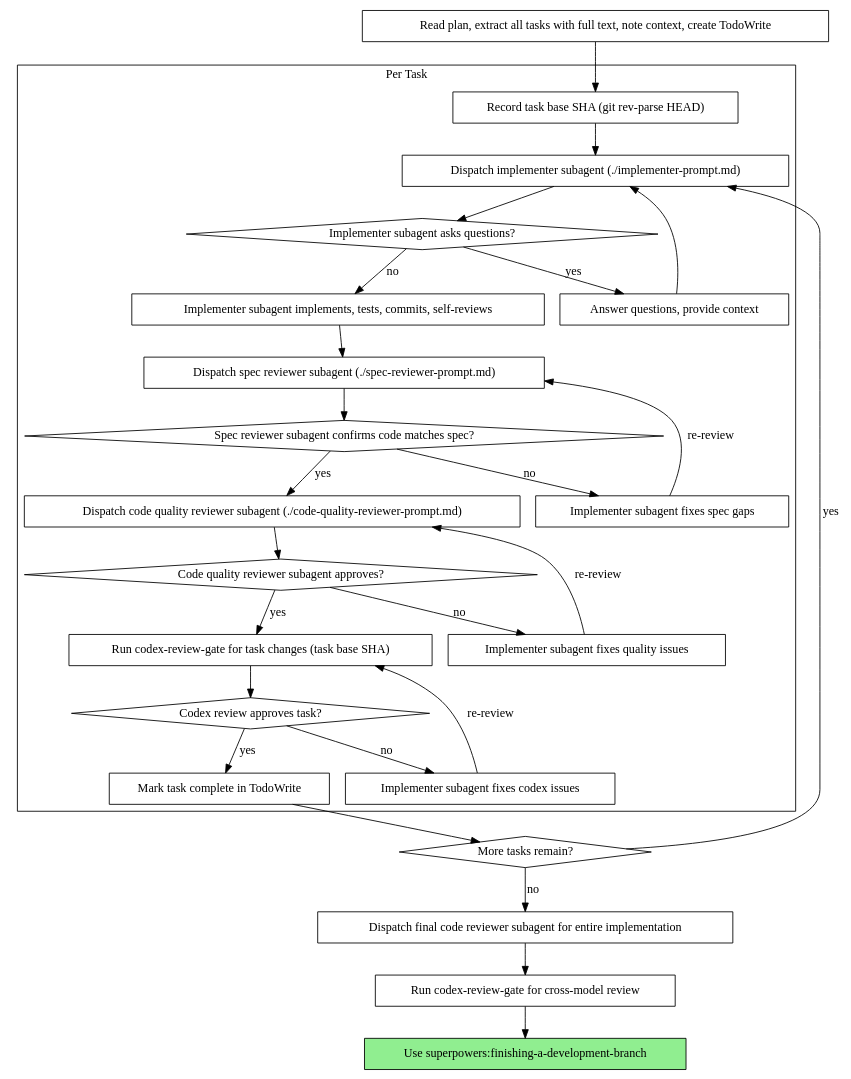
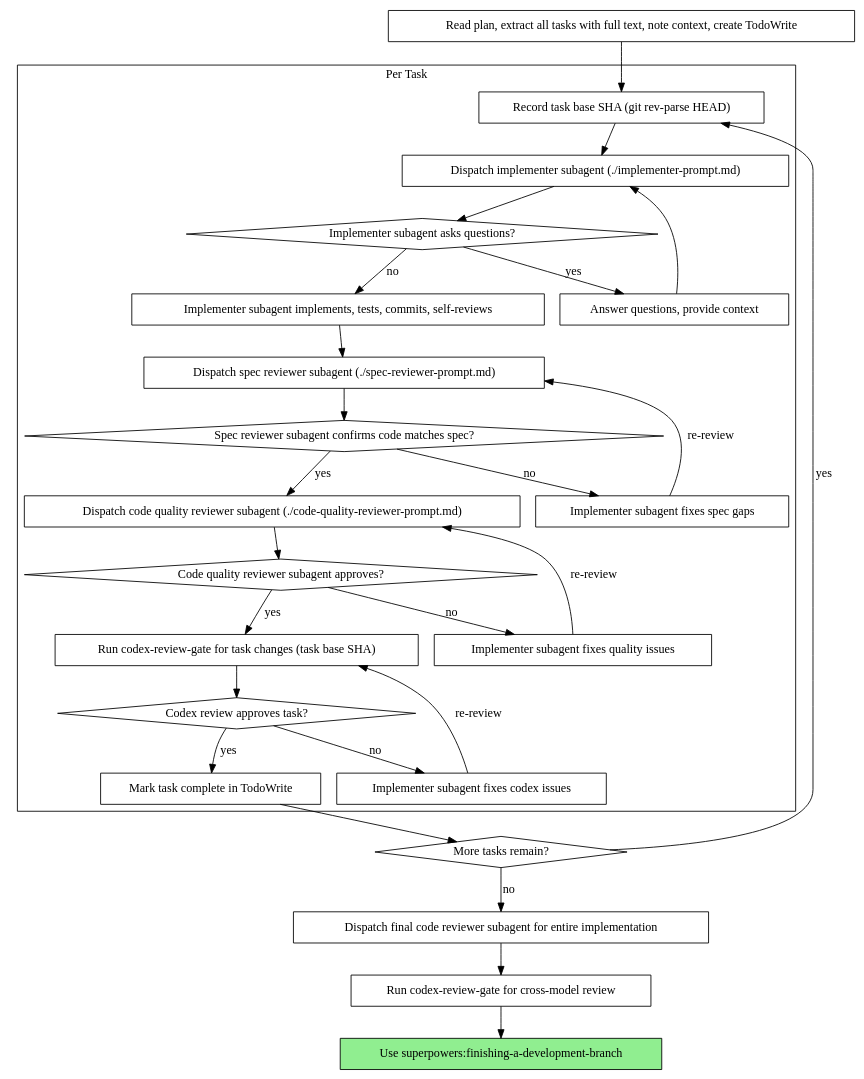
One commit to seankao31/dotfiles changed the second of 2 diagrams in agent-config/superpowers-overrides/subagent-driven-development/SKILL.md. Above: the diagram before and after it, drawn with Graphviz. The commit also changed 1 other file, not shown here.

Commit message:
fix(eng-223): SDD task loop routes through Record-base-SHA so per-task codex review is correctly scoped

````diff
--- a/agent-config/superpowers-overrides/subagent-driven-development/SKILL.md
+++ b/agent-config/superpowers-overrides/subagent-driven-development/SKILL.md
@@ -44,55 +44,55 @@
 ```dot
 digraph process {
     rankdir=TB;
 
     subgraph cluster_per_task {
         label="Per Task";
         "Record task base SHA (git rev-parse HEAD)" [shape=box];
         "Dispatch implementer subagent (./implementer-prompt.md)" [shape=box];
         "Implementer subagent asks questions?" [shape=diamond];
         "Answer questions, provide context" [shape=box];
         "Implementer subagent implements, tests, commits, self-reviews" [shape=box];
         "Dispatch spec reviewer subagent (./spec-reviewer-prompt.md)" [shape=box];
         "Spec reviewer subagent confirms code matches spec?" [shape=diamond];
         "Implementer subagent fixes spec gaps" [shape=box];
         "Dispatch code quality reviewer subagent (./code-quality-reviewer-prompt.md)" [shape=box];
         "Code quality reviewer subagent approves?" [shape=diamond];
         "Implementer subagent fixes quality issues" [shape=box];
         "Run codex-review-gate for task changes (task base SHA)" [shape=box];
         "Codex review approves task?" [shape=diamond];
         "Implementer subagent fixes codex issues" [shape=box];
         "Mark task complete in TodoWrite" [shape=box];
     }
 
     "Read plan, extract all tasks with full text, note context, create TodoWrite" [shape=box];
     "More tasks remain?" [shape=diamond];
     "Dispatch final code reviewer subagent for entire implementation" [shape=box];
     "Run codex-review-gate for cross-model review" [shape=box];
     "Use superpowers:finishing-a-development-branch" [shape=box style=filled fillcolor=lightgreen];
 
     "Read plan, extract all tasks with full text, note context, create TodoWrite" -> "Record task base SHA (git rev-parse HEAD)";
     "Record task base SHA (git rev-parse HEAD)" -> "Dispatch implementer subagent (./implementer-prompt.md)";
     "Dispatch implementer subagent (./implementer-prompt.md)" -> "Implementer subagent asks questions?";
     "Implementer subagent asks questions?" -> "Answer questions, provide context" [label="yes"];
     "Answer questions, provide context" -> "Dispatch implementer subagent (./implementer-prompt.md)";
     "Implementer subagent asks questions?" -> "Implementer subagent implements, tests, commits, self-reviews" [label="no"];
     "Implementer subagent implements, tests, commits, self-reviews" -> "Dispatch spec reviewer subagent (./spec-reviewer-prompt.md)";
     "Dispatch spec reviewer subagent (./spec-reviewer-prompt.md)" -> "Spec reviewer subagent confirms code matches spec?";
     "Spec reviewer subagent confirms code matches spec?" -> "Implementer subagent fixes spec gaps" [label="no"];
     "Implementer subagent fixes spec gaps" -> "Dispatch spec reviewer subagent (./spec-reviewer-prompt.md)" [label="re-review"];
     "Spec reviewer subagent confirms code matches spec?" -> "Dispatch code quality reviewer subagent (./code-quality-reviewer-prompt.md)" [label="yes"];
     "Dispatch code quality reviewer subagent (./code-quality-reviewer-prompt.md)" -> "Code quality reviewer subagent approves?";
     "Code quality reviewer subagent approves?" -> "Implementer subagent fixes quality issues" [label="no"];
     "Implementer subagent fixes quality issues" -> "Dispatch code quality reviewer subagent (./code-quality-reviewer-prompt.md)" [label="re-review"];
     "Code quality reviewer subagent approves?" -> "Run codex-review-gate for task changes (task base SHA)" [label="yes"];
     "Run codex-review-gate for task changes (task base SHA)" -> "Codex review approves task?";
     "Codex review approves task?" -> "Implementer subagent fixes codex issues" [label="no"];
     "Implementer subagent fixes codex issues" -> "Run codex-review-gate for task changes (task base SHA)" [label="re-review"];
     "Codex review approves task?" -> "Mark task complete in TodoWrite" [label="yes"];
     "Mark task complete in TodoWrite" -> "More tasks remain?";
-    "More tasks remain?" -> "Dispatch implementer subagent (./implementer-prompt.md)" [label="yes"];
+    "More tasks remain?" -> "Record task base SHA (git rev-parse HEAD)" [label="yes"];
     "More tasks remain?" -> "Dispatch final code reviewer subagent for entire implementation" [label="no"];
     "Dispatch final code reviewer subagent for entire implementation" -> "Run codex-review-gate for cross-model review";
     "Run codex-review-gate for cross-model review" -> "Use superpowers:finishing-a-development-branch";
 }
 ```
````
